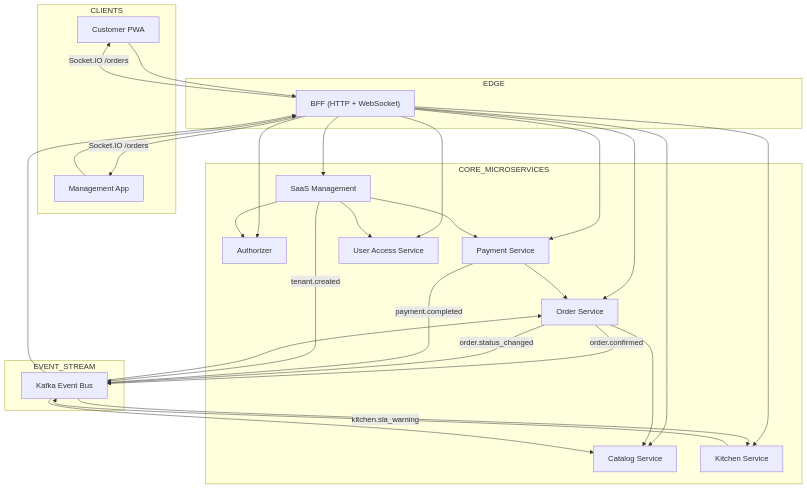
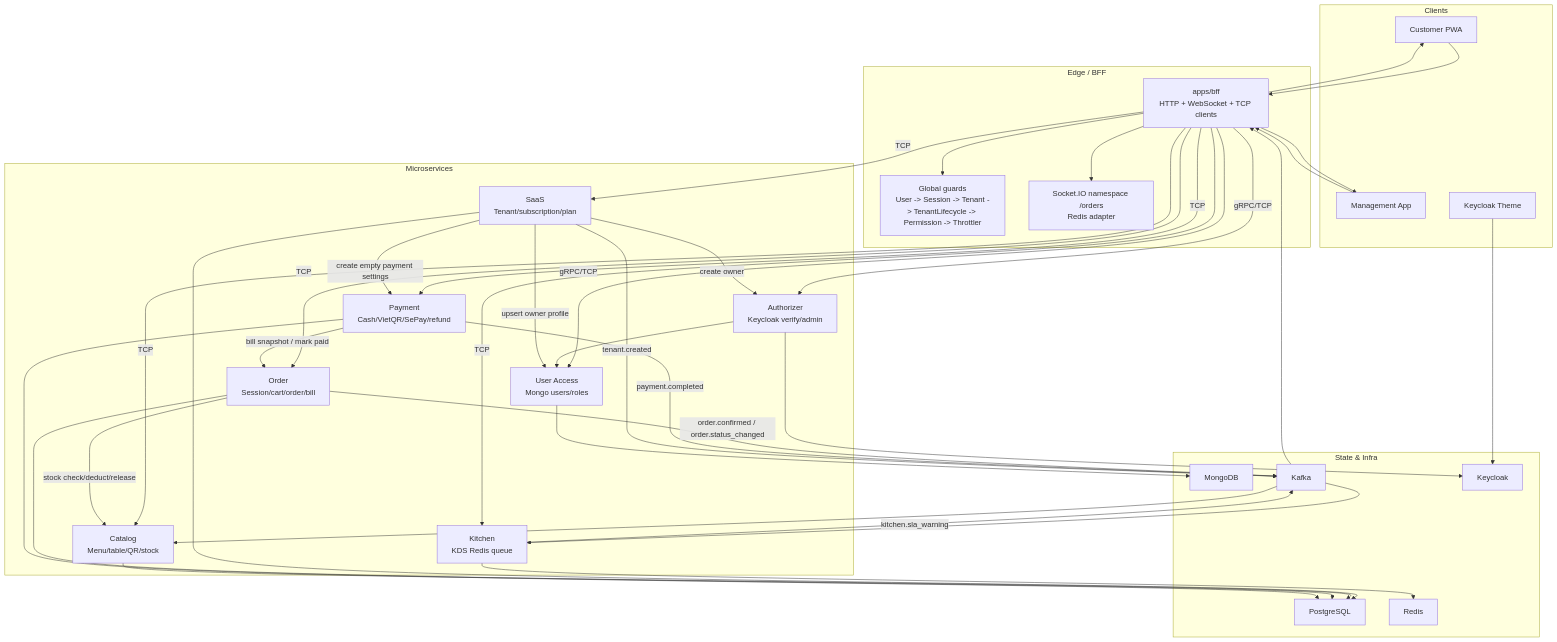
The diagram in docs/guides/codebase-reading-map.md (quan-vo-dinh/saas-pos-microservices-qrtable), drawn with Mermaid before and after one commit. The commit also changed other lines of this file and 1 other file, not shown here.

````diff
--- a/docs/guides/codebase-reading-map.md
+++ b/docs/guides/codebase-reading-map.md
@@ -39,65 +51,71 @@
 ```mermaid
 flowchart TB
-%% ================= CLIENT LAYER =================
-subgraph CLIENTS
-  Customer["Customer PWA"]
-  Staff["Management App"]
-end
+  subgraph CLIENTS["Clients"]
+    PWA["Customer PWA"]
+    MGMT["Management App"]
+    KCTheme["Keycloak Theme"]
+  end
 
-%% ================= EDGE LAYER =================
-subgraph EDGE
-  BFF["BFF (HTTP + WebSocket)"]
-end
+  subgraph EDGE["Edge / BFF"]
+    BFF["apps/bff\nHTTP + WebSocket + TCP clients"]
+    Guards["Global guards\nUser -> Session -> Tenant -> TenantLifecycle -> Permission -> Throttler"]
+    Realtime["Socket.IO namespace /orders\nRedis adapter"]
+  end
 
-%% ================= CORE SERVICES =================
-subgraph CORE_MICROSERVICES
-  Authorizer["Authorizer"]
-  SaaS["SaaS Management"]
-  Catalog["Catalog Service"]
-  Order["Order Service"]
-  Kitchen["Kitchen Service"]
-  Payment["Payment Service"]
-  UserAccess["User Access Service"]
-end
+  subgraph SERVICES["Microservices"]
+    Authorizer["Authorizer\nKeycloak verify/admin"]
+    UserAccess["User Access\nMongo users/roles"]
+    SaaS["SaaS\nTenant/subscription/plan"]
+    Catalog["Catalog\nMenu/table/QR/stock"]
+    Order["Order\nSession/cart/order/bill"]
+    Kitchen["Kitchen\nKDS Redis queue"]
+    Payment["Payment\nCash/VietQR/SePay/refund"]
+  end
 
-%% ================= EVENT BUS =================
-subgraph EVENT_STREAM
-  Kafka["Kafka Event Bus"]
-end
+  subgraph STATE["State & Infra"]
+    Pg["PostgreSQL"]
+    Mongo["MongoDB"]
+    Redis["Redis"]
+    Kafka["Kafka"]
+    Keycloak["Keycloak"]
+  end
 
-%% -------- Client -> BFF --------
-Customer --> BFF
-Staff --> BFF
+  PWA --> BFF
+  MGMT --> BFF
+  KCTheme --> Keycloak
 
-%% -------- BFF -> Services (sync) --------
-BFF --> Authorizer
-BFF --> SaaS
-BFF --> Catalog
-BFF --> Order
-BFF --> Kitchen
-BFF --> Payment
-BFF --> UserAccess
+  BFF --> Guards
+  BFF --> Realtime
+  BFF -- "TCP" --> Catalog
+  BFF -- "TCP" --> Order
+  BFF -- "TCP" --> Kitchen
+  BFF -- "TCP" --> Payment
+  BFF -- "TCP" --> SaaS
+  BFF -- "gRPC/TCP" --> Authorizer
+  BFF -- "gRPC/TCP" --> UserAccess
 
-%% -------- Internal Sync Calls --------
-Order --> Catalog
-Payment --> Order
-SaaS --> Authorizer
-SaaS --> UserAccess
-SaaS --> Payment
+  Authorizer --> Keycloak
+  Authorizer --> UserAccess
+  UserAccess --> Mongo
+  SaaS --> Pg
+  Catalog --> Pg
+  Order --> Pg
+  Payment --> Pg
+  Kitchen --> Redis
 
-%% -------- Async Events (Kafka) --------
-Order -- "order.confirmed" --> Kafka
-Order -- "order.status_changed" --> Kafka
-Payment -- "payment.completed" --> Kafka
-SaaS -- "tenant.created" --> Kafka
+  Order -- "stock check/deduct/release" --> Catalog
+  Payment -- "bill snapshot / mark paid" --> Order
+  SaaS -- "create owner" --> Authorizer
+  SaaS -- "upsert owner profile" --> UserAccess
+  SaaS -- "create empty payment settings" --> Payment
 
-Kafka --> Kitchen
-Kafka --> Order
-Kafka --> Catalog
-Kitchen -- "kitchen.sla_warning" --> Kafka
-Kafka --> BFF
-
-%% -------- Realtime Push --------
-BFF -- "Socket.IO /orders" --> Customer
-BFF -- "Socket.IO /orders" --> Staff
+  Order -- "order.confirmed / order.status_changed" --> Kafka
+  Payment -- "payment.completed" --> Kafka
+  SaaS -- "tenant.created" --> Kafka
+  Kitchen -- "kitchen.sla_warning" --> Kafka
+  Kafka --> Kitchen
+  Kafka --> Catalog
+  Kafka --> BFF
+  BFF --> PWA
+  BFF --> MGMT
 ```
````
